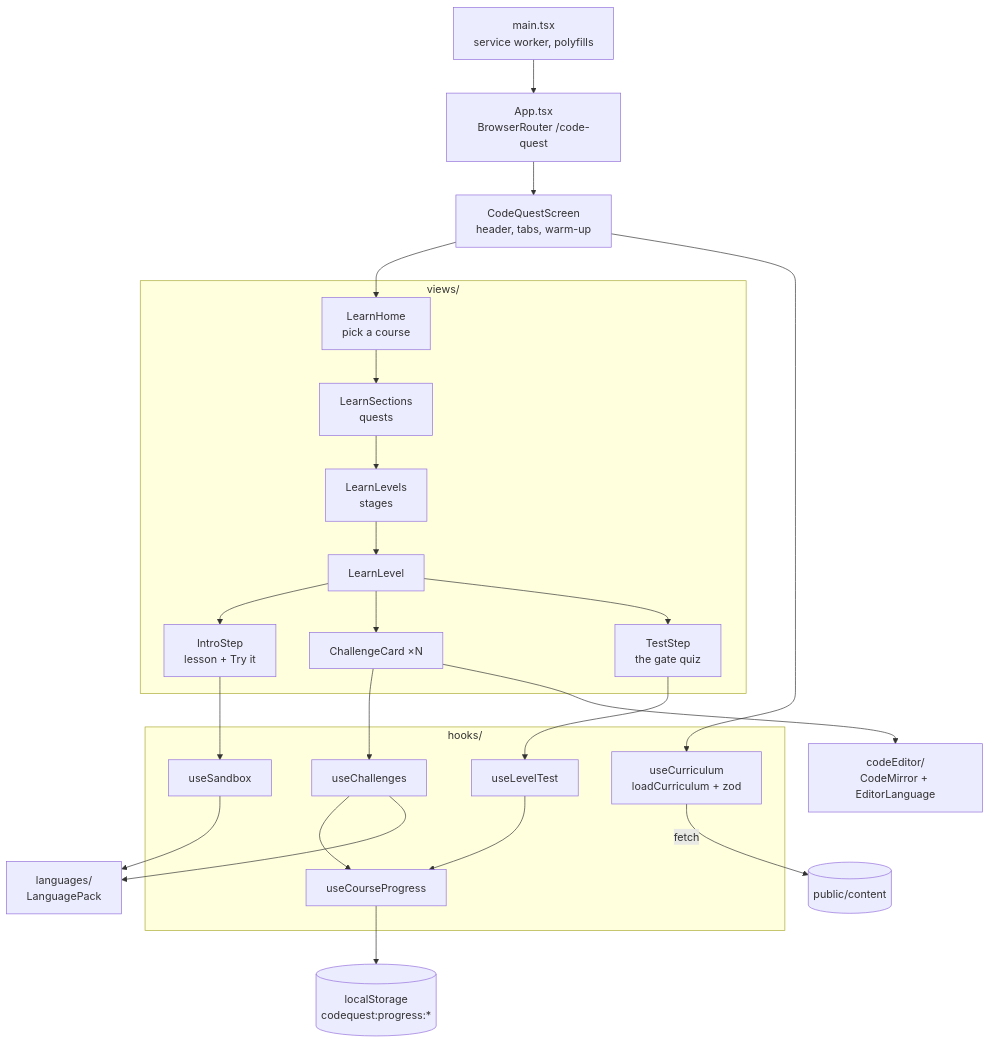
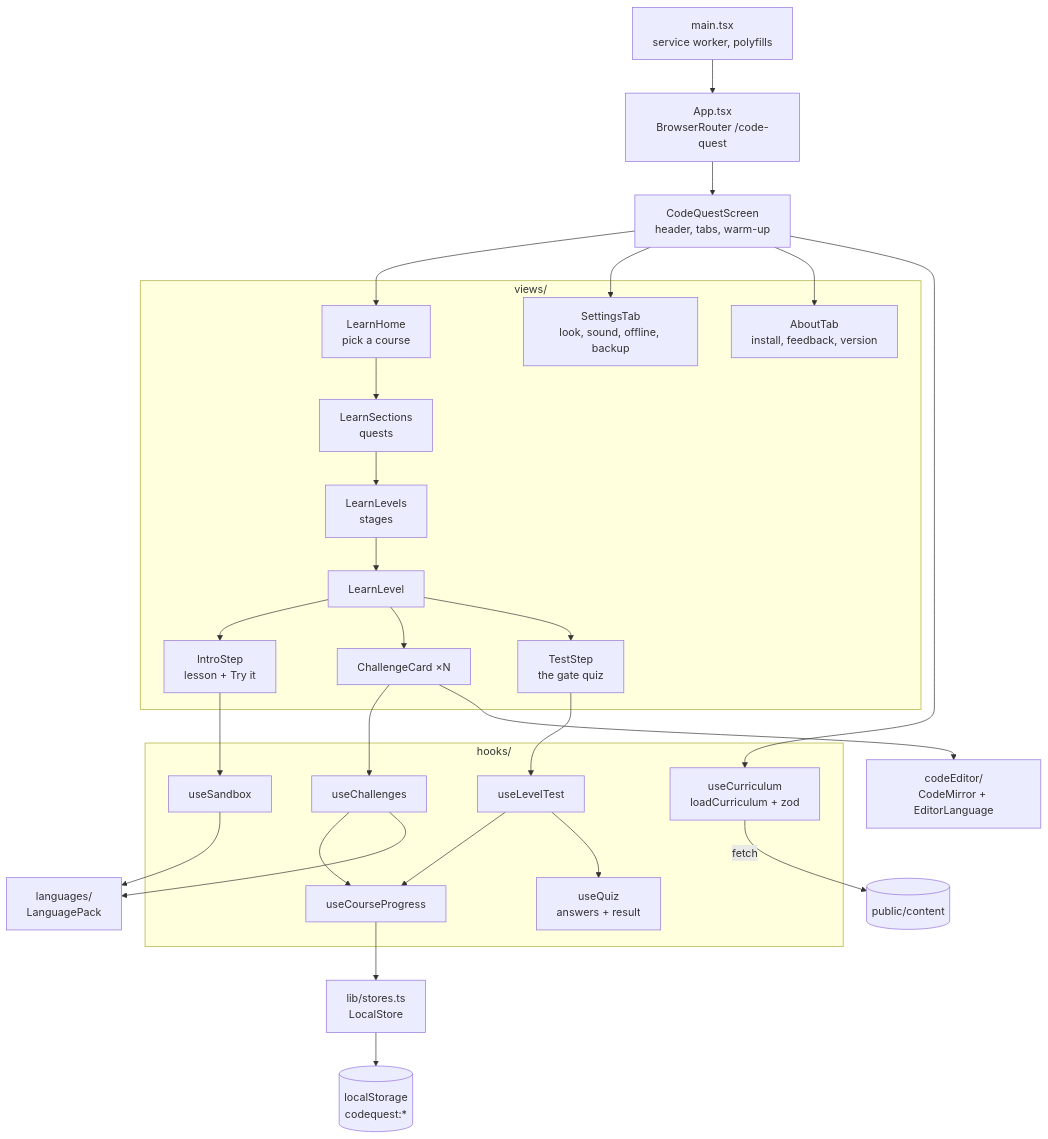
The fifth of 8 diagrams in ARCHITECTURE.md (ubuntu-apps/code-quest), drawn with Mermaid before and after one commit. The commit also changed other lines of this file and 321 other files, not shown here.

First line of the commit message:
Retire the content editor; tidy storage, quizzes, dialogs and settings

````diff
--- a/ARCHITECTURE.md
+++ b/ARCHITECTURE.md
@@ -197,30 +198,36 @@
 ```mermaid
 flowchart TB
   M["main.tsx<br/>service worker, polyfills"] --> APP["App.tsx<br/>BrowserRouter /code-quest"]
   APP --> CQ["CodeQuestScreen<br/>header, tabs, warm-up"]
   subgraph V["views/"]
     LH["LearnHome<br/>pick a course"] --> LS["LearnSections<br/>quests"] --> LL["LearnLevels<br/>stages"] --> LV["LearnLevel"]
     LV --> IS["IntroStep<br/>lesson + Try it"]
     LV --> CH["ChallengeCard ×N"]
     LV --> TS["TestStep<br/>the gate quiz"]
+    SET["SettingsTab<br/>look, sound, offline, backup"]
+    AB["AboutTab<br/>install, feedback, version"]
   end
   CQ --> LH
+  CQ --> SET
+  CQ --> AB
   subgraph H["hooks/"]
     UC["useCurriculum<br/>loadCurriculum + zod"]
     UCH["useChallenges"]
     USB["useSandbox"]
     UP["useCourseProgress"]
     ULT["useLevelTest"]
+    UQ["useQuiz<br/>answers + result"]
   end
   CQ --> UC
   CH --> UCH
   IS --> USB
   TS --> ULT
   UCH --> UP
   ULT --> UP
+  ULT --> UQ
   UC -- "fetch" --> CONTENT[("public/content")]
-  UP --> LSG[("localStorage<br/>codequest:progress:*")]
+  UP --> LST["lib/stores.ts<br/>LocalStore"] --> LSG[("localStorage<br/>codequest:*")]
   UCH --> PACK["languages/<br/>LanguagePack"]
   USB --> PACK
   CH --> ED["codeEditor/<br/>CodeMirror + EditorLanguage"]
 ```
````
